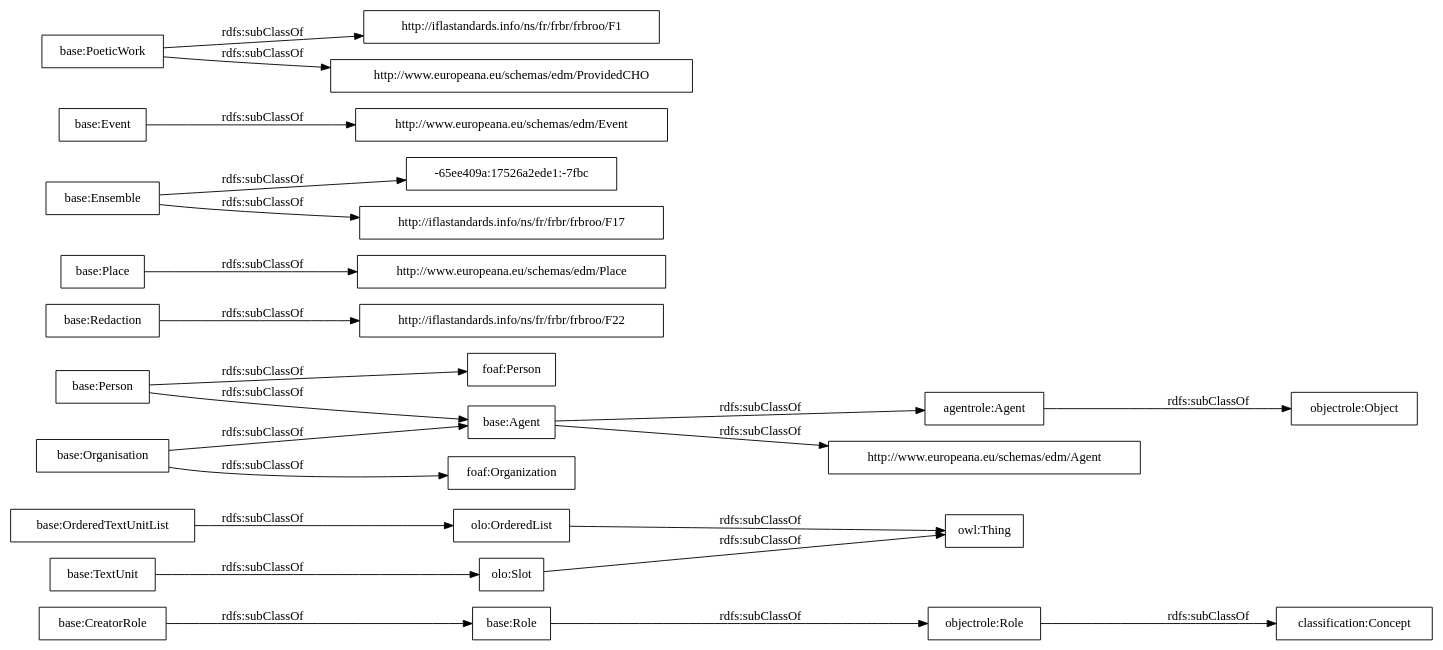
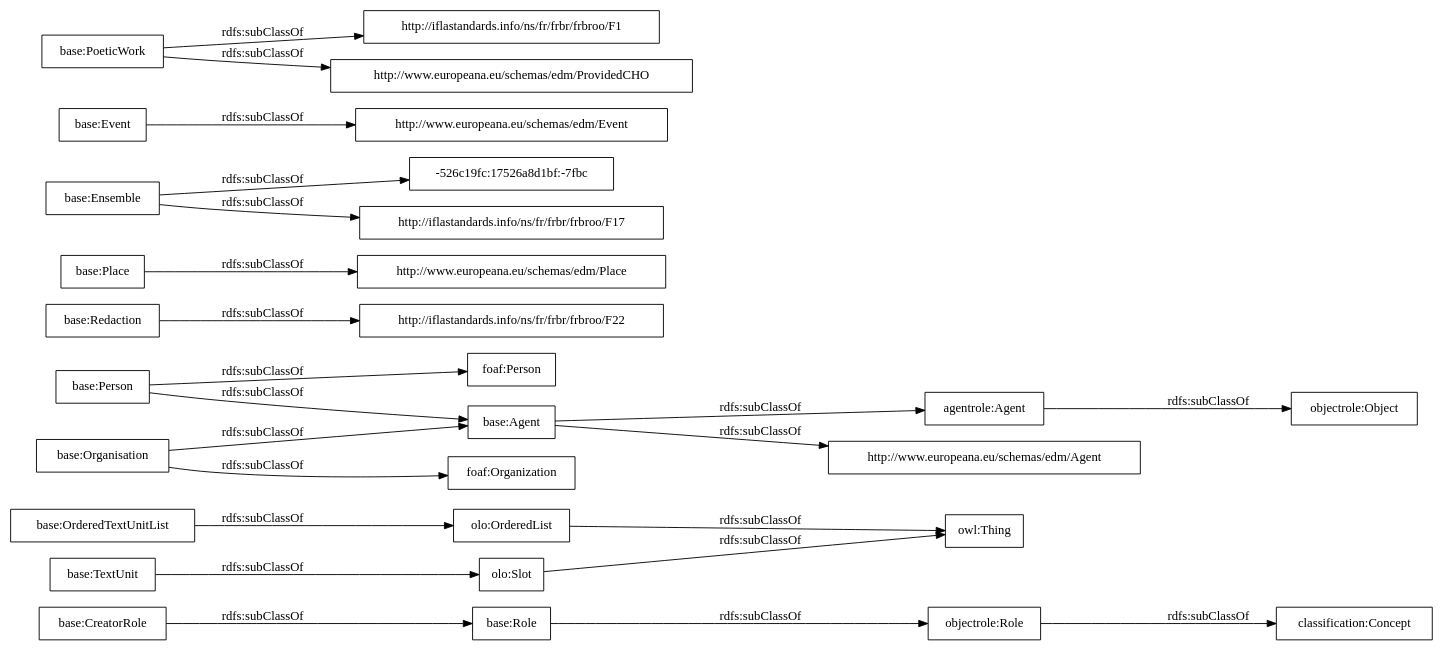
Before and after one commit to OnToologyUser/core-ontology-1: the diagram in OnToology/postdata-core.owl/diagrams/ar2dtool-taxonomy/postdata-core.owl.png.dot, drawn with Graphviz. The commit also changed 14 other files, not shown here.

```diff
--- a/OnToology/postdata-core.owl/diagrams/ar2dtool-taxonomy/postdata-core.owl.png.dot
+++ b/OnToology/postdata-core.owl/diagrams/ar2dtool-taxonomy/postdata-core.owl.png.dot
@@ -1,27 +1,27 @@
 digraph ar2dtool_diagram { 
 rankdir=LR;
 size="1000"
-node [shape = rectangle, color="black"]; "base:Role" "base:OrderedTextUnitList" "agentrole:Agent" "http://iflastandards.info/ns/fr/frbr/frbroo/F22" "http://www.europeana.eu/schemas/edm/Agent" "base:Agent" "base:CreatorRole" "base:Person" "base:Organisation" "http://www.europeana.eu/schemas/edm/Place" "base:Redaction" "base:Ensemble" "foaf:Person" "http://www.europeana.eu/schemas/edm/Event" "base:TextUnit" "http://iflastandards.info/ns/fr/frbr/frbroo/F1" "foaf:Organization" "http://www.europeana.eu/schemas/edm/ProvidedCHO" "base:Place" "base:Event" "-65ee409a:17526a2ede1:-7fbc" "base:PoeticWork" "http://iflastandards.info/ns/fr/frbr/frbroo/F17" "owl:Thing" "objectrole:Role" "objectrole:Object" "olo:Slot" "olo:OrderedList" "classification:Concept" ; /*classes style*/
+node [shape = rectangle, color="black"]; "base:Role" "base:OrderedTextUnitList" "agentrole:Agent" "http://iflastandards.info/ns/fr/frbr/frbroo/F22" "http://www.europeana.eu/schemas/edm/Agent" "base:Agent" "base:CreatorRole" "base:Person" "base:Organisation" "http://www.europeana.eu/schemas/edm/Place" "base:Redaction" "base:Ensemble" "foaf:Person" "-526c19fc:17526a8d1bf:-7fbc" "http://www.europeana.eu/schemas/edm/Event" "base:TextUnit" "http://iflastandards.info/ns/fr/frbr/frbroo/F1" "foaf:Organization" "http://www.europeana.eu/schemas/edm/ProvidedCHO" "base:Place" "base:Event" "base:PoeticWork" "http://iflastandards.info/ns/fr/frbr/frbroo/F17" "owl:Thing" "objectrole:Role" "objectrole:Object" "olo:Slot" "olo:OrderedList" "classification:Concept" ; /*classes style*/
 	"base:Redaction" -> "http://iflastandards.info/ns/fr/frbr/frbroo/F22" [ label = "rdfs:subClassOf" ];
 	"base:Role" -> "objectrole:Role" [ label = "rdfs:subClassOf" ];
 	"base:Event" -> "http://www.europeana.eu/schemas/edm/Event" [ label = "rdfs:subClassOf" ];
 	"base:Person" -> "foaf:Person" [ label = "rdfs:subClassOf" ];
 	"base:Person" -> "base:Agent" [ label = "rdfs:subClassOf" ];
 	"olo:OrderedList" -> "owl:Thing" [ label = "rdfs:subClassOf" ];
 	"olo:Slot" -> "owl:Thing" [ label = "rdfs:subClassOf" ];
 	"base:PoeticWork" -> "http://www.europeana.eu/schemas/edm/ProvidedCHO" [ label = "rdfs:subClassOf" ];
 	"base:PoeticWork" -> "http://iflastandards.info/ns/fr/frbr/frbroo/F1" [ label = "rdfs:subClassOf" ];
 	"base:TextUnit" -> "olo:Slot" [ label = "rdfs:subClassOf" ];
 	"agentrole:Agent" -> "objectrole:Object" [ label = "rdfs:subClassOf" ];
-	"base:Ensemble" -> "-65ee409a:17526a2ede1:-7fbc" [ label = "rdfs:subClassOf" ];
+	"base:Ensemble" -> "-526c19fc:17526a8d1bf:-7fbc" [ label = "rdfs:subClassOf" ];
 	"base:Ensemble" -> "http://iflastandards.info/ns/fr/frbr/frbroo/F17" [ label = "rdfs:subClassOf" ];
 	"base:OrderedTextUnitList" -> "olo:OrderedList" [ label = "rdfs:subClassOf" ];
 	"base:Agent" -> "agentrole:Agent" [ label = "rdfs:subClassOf" ];
 	"base:Agent" -> "http://www.europeana.eu/schemas/edm/Agent" [ label = "rdfs:subClassOf" ];
 	"objectrole:Role" -> "classification:Concept" [ label = "rdfs:subClassOf" ];
 	"base:Place" -> "http://www.europeana.eu/schemas/edm/Place" [ label = "rdfs:subClassOf" ];
 	"base:Organisation" -> "foaf:Organization" [ label = "rdfs:subClassOf" ];
 	"base:Organisation" -> "base:Agent" [ label = "rdfs:subClassOf" ];
 	"base:CreatorRole" -> "base:Role" [ label = "rdfs:subClassOf" ];
 
 }
```
